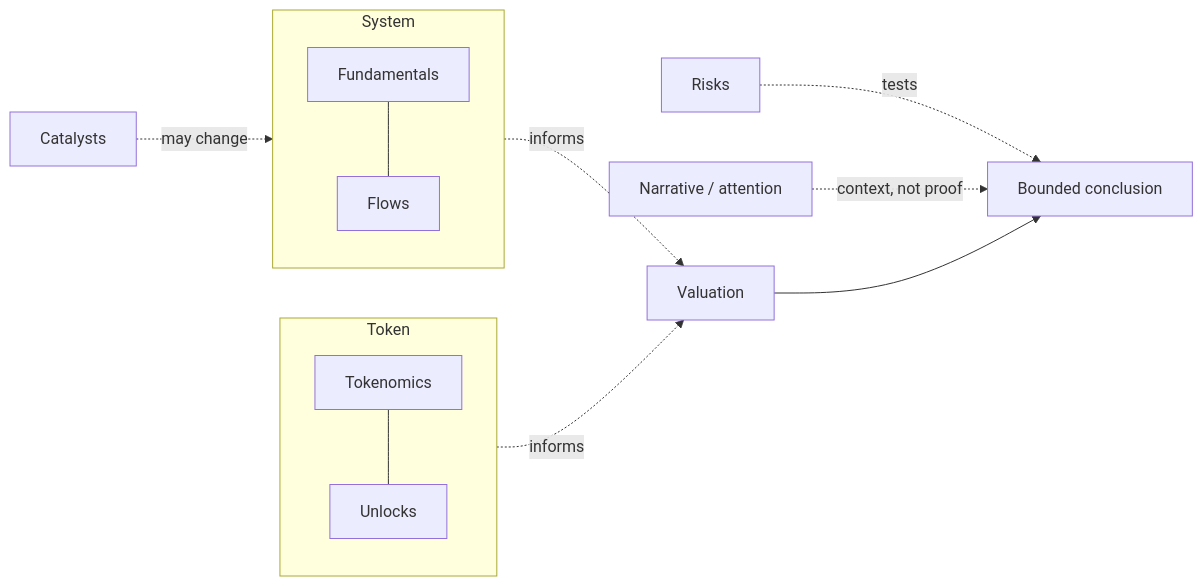
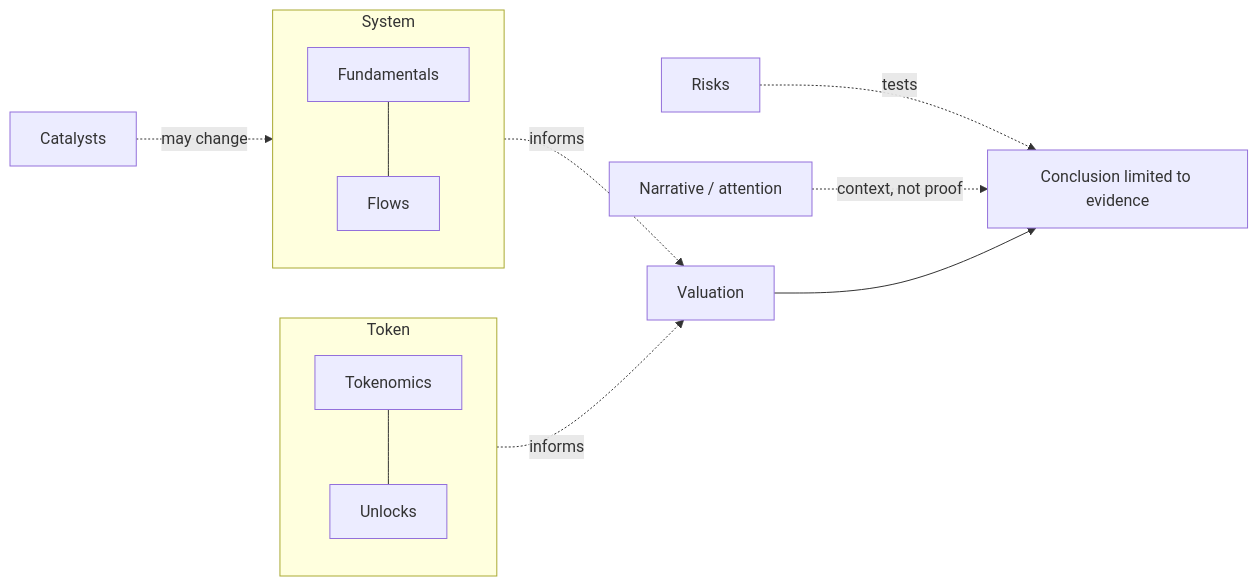
One commit to Blockchain-NTU-SG/academy-handbook changed the first of 3 diagrams in docs/tracks/researcher/week-6/part-4-token-and-market-evidence.md. Above: the diagram before and after it, drawn with Mermaid. The commit also changed other lines of this file and 9 other files, not shown here.

````diff
--- a/docs/tracks/researcher/week-6/part-4-token-and-market-evidence.md
+++ b/docs/tracks/researcher/week-6/part-4-token-and-market-evidence.md
@@ -109,20 +109,20 @@
 ```mermaid
 flowchart LR
   subgraph SYS["System"]
     F[Fundamentals] --- FL[Flows]
   end
   subgraph TOK["Token"]
     T[Tokenomics] --- U[Unlocks]
   end
   V[Valuation]
   C[Catalysts]
   R[Risks]
   N[Narrative / attention]
-  B[Bounded conclusion]
+  B[Conclusion limited to evidence]
   SYS -. informs .-> V
   TOK -. informs .-> V
   C -. may change .-> SYS
   R -. tests .-> B
   N -. context, not proof .-> B
   V --> B
 ```
````
